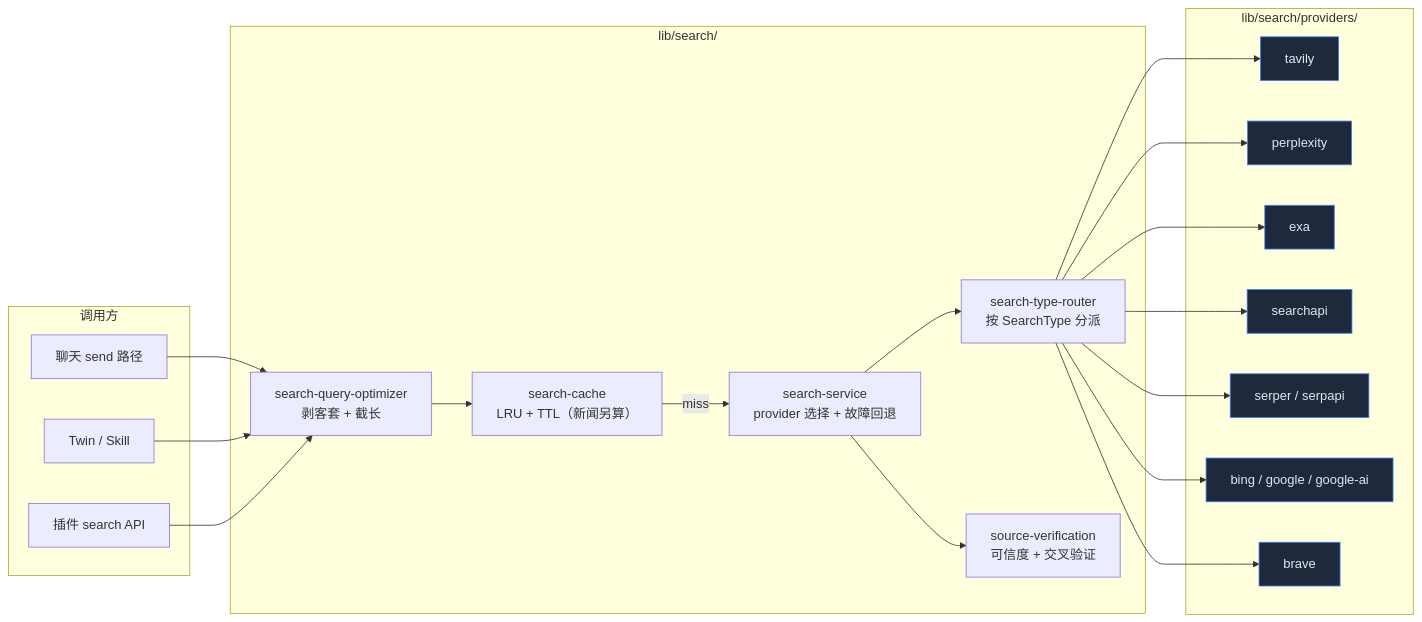
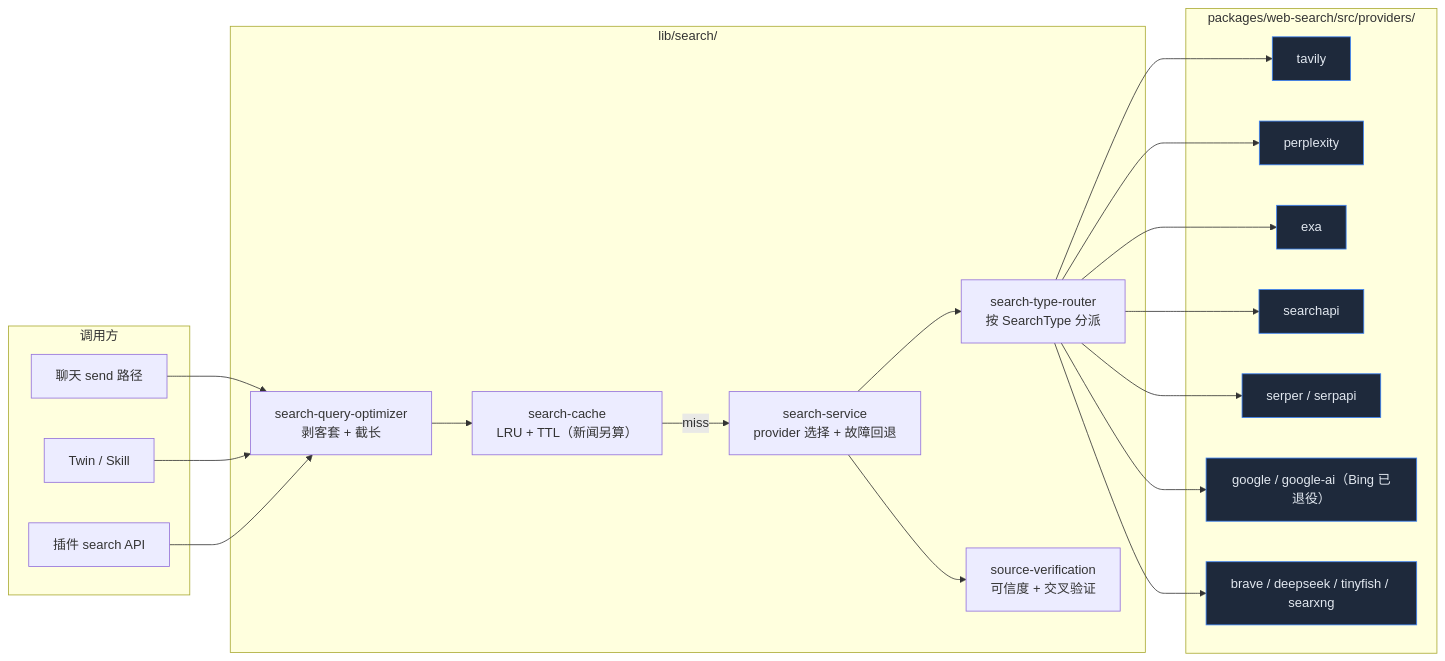
Before and after one commit to MaxQian888/cognia-next: the diagram in docs/content/docs/zh/data/search-system.mdx, drawn with Mermaid. The commit also changed other lines of this file and 140 other files, not shown here.

First line of the commit message:
feat(web): separate search and reading with truthful, budgeted providers

````diff
--- a/docs/content/docs/zh/data/search-system.mdx
+++ b/docs/content/docs/zh/data/search-system.mdx
@@ -13,43 +14,43 @@
 ```mermaid
 flowchart LR
   subgraph App["调用方"]
     Chat["聊天 send 路径"]
     Twin["Twin / Skill"]
     Plugin["插件 search API"]
   end
 
   subgraph Core["lib/search/"]
     Optimizer["search-query-optimizer<br/>剥客套 + 截长"]
     Cache["search-cache<br/>LRU + TTL（新闻另算）"]
     Service["search-service<br/>provider 选择 + 故障回退"]
     Router["search-type-router<br/>按 SearchType 分派"]
     Verify["source-verification<br/>可信度 + 交叉验证"]
   end
 
-  subgraph Providers["lib/search/providers/"]
+  subgraph Providers["packages/web-search/src/providers/"]
     P1["tavily"]:::p
     P2["perplexity"]:::p
     P3["exa"]:::p
     P4["searchapi"]:::p
     P5["serper / serpapi"]:::p
-    P6["bing / google / google-ai"]:::p
-    P7["brave"]:::p
+    P6["google / google-ai（Bing 已退役）"]:::p
+    P7["brave / deepseek / tinyfish / searxng"]:::p
   end
 
   Chat --> Optimizer
   Twin --> Optimizer
   Plugin --> Optimizer
   Optimizer --> Cache
   Cache -- "miss" --> Service
   Service --> Router
   Router --> P1
   Router --> P2
   Router --> P3
   Router --> P4
   Router --> P5
   Router --> P6
   Router --> P7
   Service --> Verify
 
   classDef p fill:#1e293b,stroke:#3b82f6,color:#e2e8f0
 ```
````
